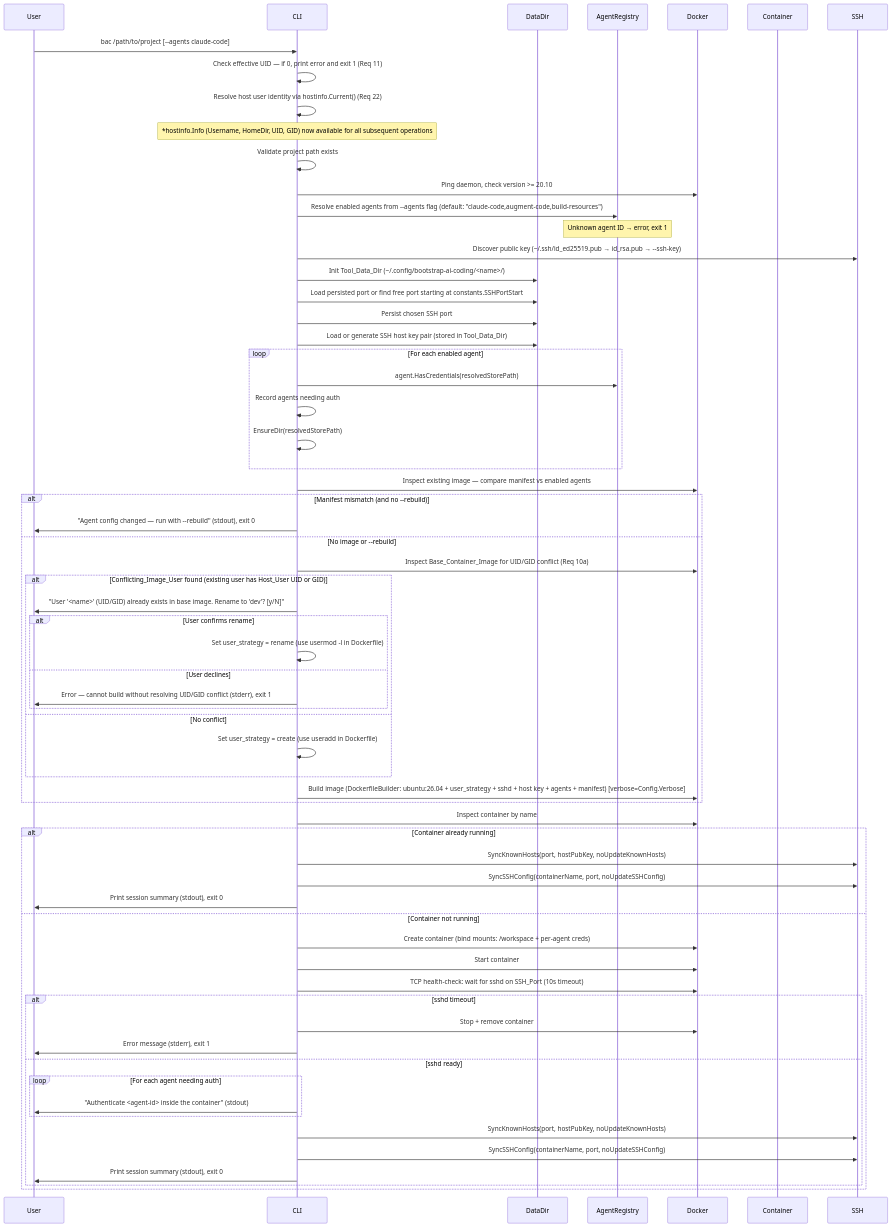
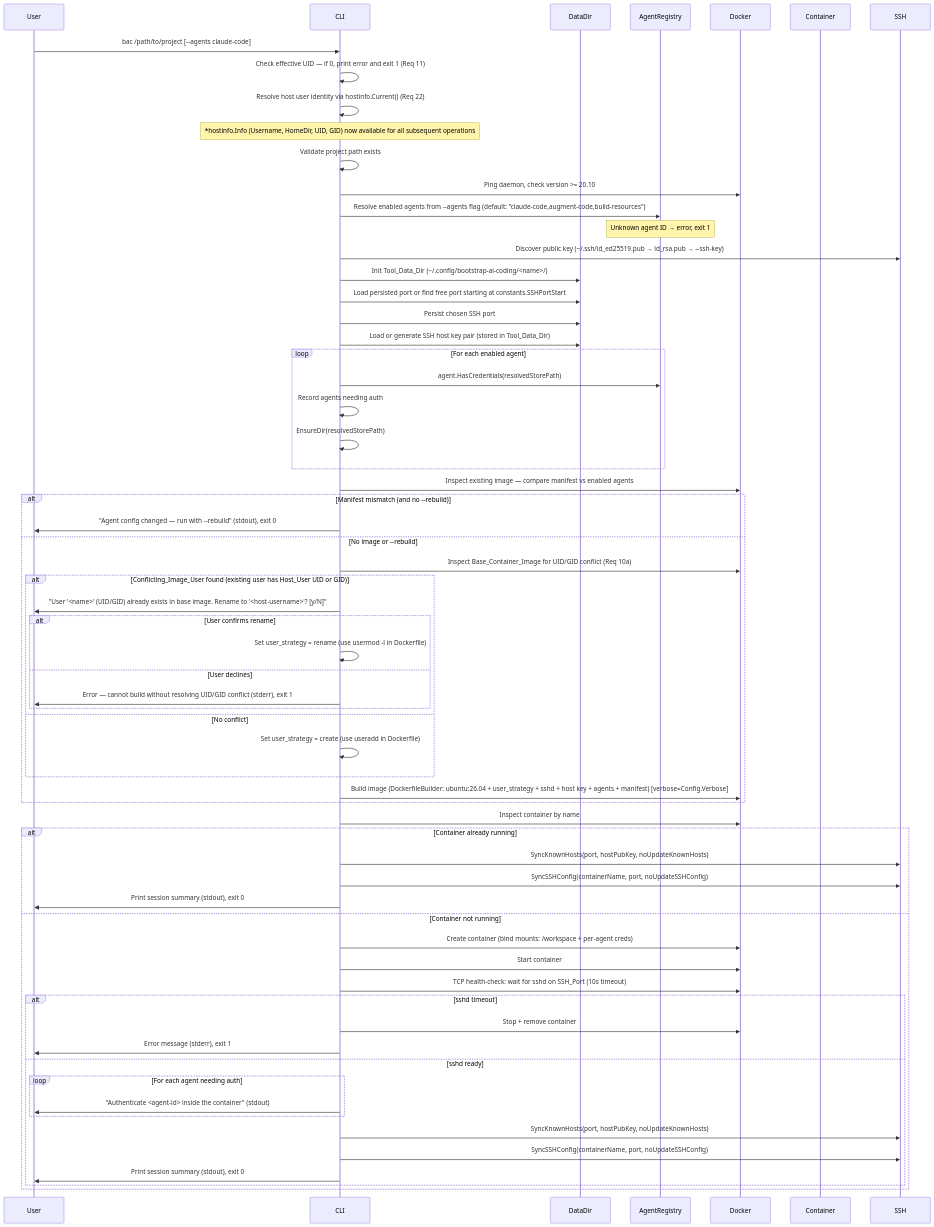
Before and after one commit to koudis/bootstrap-ai-coding: the second of 4 diagrams in .kiro/specs/bootstrap-ai-coding/design-architecture.md, drawn with Mermaid. The commit also changed other lines of this file and 7 other files, not shown here.

````diff
--- a/.kiro/specs/bootstrap-ai-coding/design-architecture.md
+++ b/.kiro/specs/bootstrap-ai-coding/design-architecture.md
@@ -87,66 +87,66 @@
 ```mermaid
 sequenceDiagram
     participant User
     participant CLI
     participant DataDir
     participant AgentRegistry
     participant Docker
     participant Container
 
     User->>CLI: bac /path/to/project [--agents claude-code]
     CLI->>CLI: Check effective UID — if 0, print error and exit 1 (Req 11)
     CLI->>CLI: Resolve host user identity via hostinfo.Current() (Req 22)
     note over CLI: *hostinfo.Info (Username, HomeDir, UID, GID) now available for all subsequent operations
     CLI->>CLI: Validate project path exists
     CLI->>Docker: Ping daemon, check version >= 20.10
     CLI->>AgentRegistry: Resolve enabled agents from --agents flag (default: "claude-code,augment-code,build-resources")
     note over AgentRegistry: Unknown agent ID → error, exit 1
     CLI->>SSH: Discover public key (~/.ssh/id_ed25519.pub → id_rsa.pub → --ssh-key)
     CLI->>DataDir: Init Tool_Data_Dir (~/.config/bootstrap-ai-coding/<name>/)
     CLI->>DataDir: Load persisted port or find free port starting at constants.SSHPortStart
     CLI->>DataDir: Persist chosen SSH port
     CLI->>DataDir: Load or generate SSH host key pair (stored in Tool_Data_Dir)
     loop For each enabled agent
         CLI->>AgentRegistry: agent.HasCredentials(resolvedStorePath)
         CLI->>CLI: Record agents needing auth
         CLI->>CLI: EnsureDir(resolvedStorePath)
     end
     CLI->>Docker: Inspect existing image — compare manifest vs enabled agents
     alt Manifest mismatch (and no --rebuild)
         CLI->>User: "Agent config changed — run with --rebuild" (stdout), exit 0
     else No image or --rebuild
         CLI->>Docker: Inspect Base_Container_Image for UID/GID conflict (Req 10a)
         alt Conflicting_Image_User found (existing user has Host_User UID or GID)
-            CLI->>User: "User '<name>' (UID/GID) already exists in base image. Rename to 'dev'? [y/N]"
+            CLI->>User: "User '<name>' (UID/GID) already exists in base image. Rename to '<host-username>'? [y/N]"
             alt User confirms rename
                 CLI->>CLI: Set user_strategy = rename (use usermod -l in Dockerfile)
             else User declines
                 CLI->>User: Error — cannot build without resolving UID/GID conflict (stderr), exit 1
             end
         else No conflict
             CLI->>CLI: Set user_strategy = create (use useradd in Dockerfile)
         end
         CLI->>Docker: Build image (DockerfileBuilder: ubuntu:26.04 + user_strategy + sshd + host key + agents + manifest) [verbose=Config.Verbose]
     end
     CLI->>Docker: Inspect container by name
     alt Container already running
         CLI->>SSH: SyncKnownHosts(port, hostPubKey, noUpdateKnownHosts)
         CLI->>SSH: SyncSSHConfig(containerName, port, noUpdateSSHConfig)
         CLI->>User: Print session summary (stdout), exit 0
     else Container not running
         CLI->>Docker: Create container (bind mounts: /workspace + per-agent creds)
         CLI->>Docker: Start container
         CLI->>Docker: TCP health-check: wait for sshd on SSH_Port (10s timeout)
         alt sshd timeout
             CLI->>Docker: Stop + remove container
             CLI->>User: Error message (stderr), exit 1
         else sshd ready
             loop For each agent needing auth
                 CLI->>User: "Authenticate <agent-id> inside the container" (stdout)
             end
             CLI->>SSH: SyncKnownHosts(port, hostPubKey, noUpdateKnownHosts)
             CLI->>SSH: SyncSSHConfig(containerName, port, noUpdateSSHConfig)
             CLI->>User: Print session summary (stdout), exit 0
         end
     end
 ```
````
